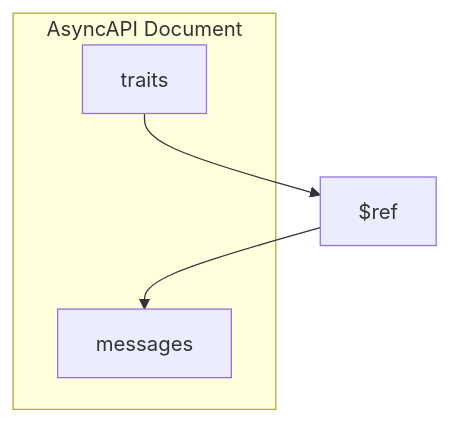
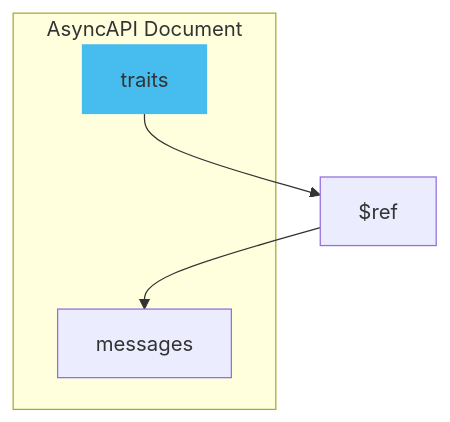
One commit to asyncapi/website changed the third of 4 diagrams in pages/docs/concepts/asyncapi-document/reusing-traits.md. Above: the diagram before and after it, drawn with Mermaid. The commit also changed other lines of this file, not shown here.

````diff
--- a/pages/docs/concepts/asyncapi-document/reusing-traits.md
+++ b/pages/docs/concepts/asyncapi-document/reusing-traits.md
@@ -56,10 +61,12 @@
 ```mermaid
 graph TD
     subgraph AsyncAPI Document
         traitsSection[traits]
         messagesSection[messages]
     end
 
     traitsSection --> messageObject["$ref"]
     messageObject --> messagesSection
+
+    style traitsSection fill:#47BCEE,stroke:#47BCEE;
 ```
````
